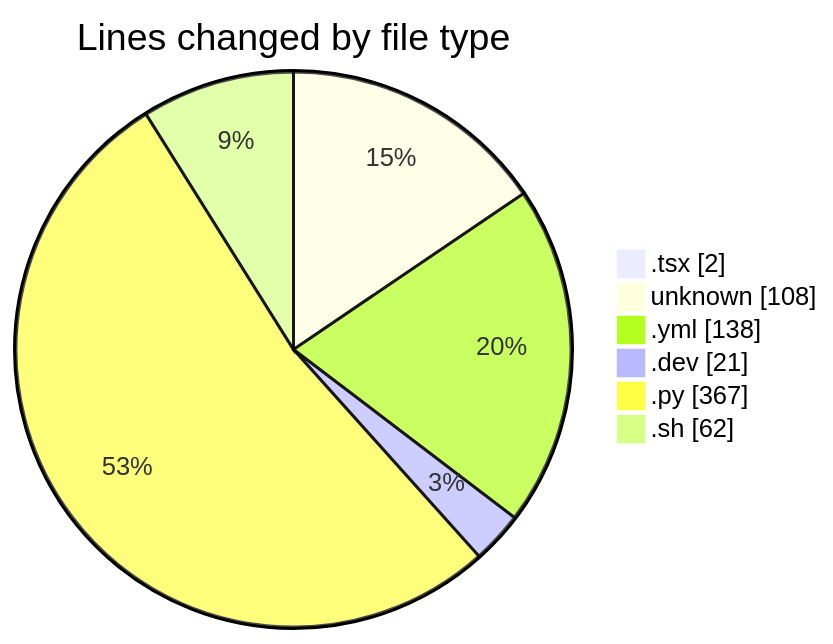
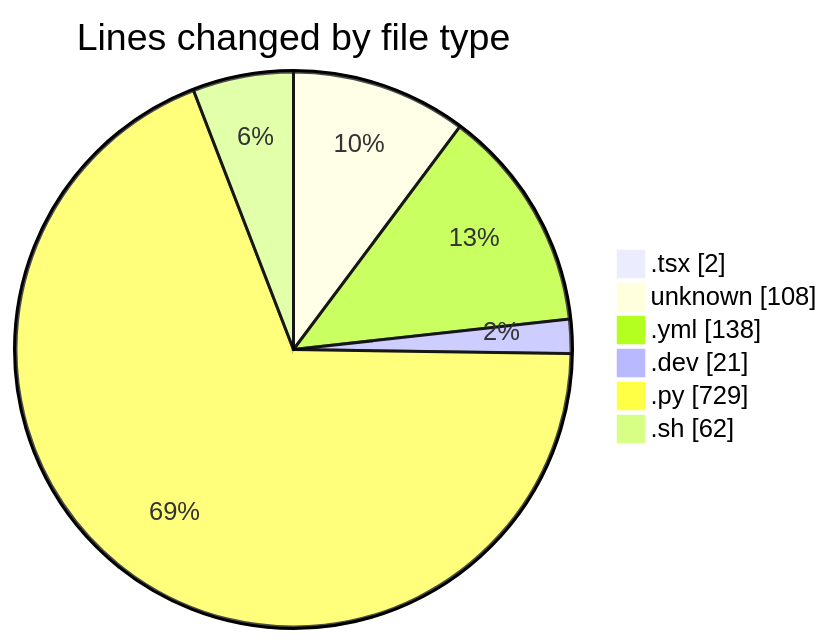
One commit to Elitesun/code-tracking changed the first of 2 diagrams in 2025-05-18/niten/README.md. Above: the diagram before and after it, drawn with Mermaid. The commit also changed other lines of this file and 1 other file, not shown here.

````diff
--- a/2025-05-18/niten/README.md
+++ b/2025-05-18/niten/README.md
@@ -27,10 +27,10 @@
 ```mermaid
 pie showData
 title Lines changed by file type
 ".tsx" : 2
 "unknown" : 108
 ".yml" : 138
 ".dev" : 21
-".py" : 367
+".py" : 729
 ".sh" : 62
 ```
````
